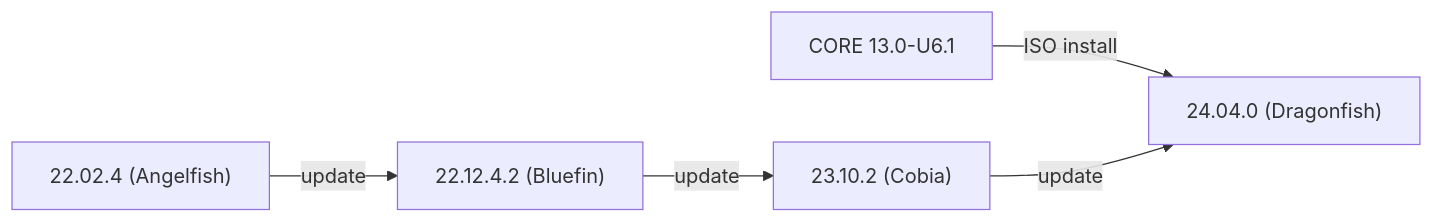
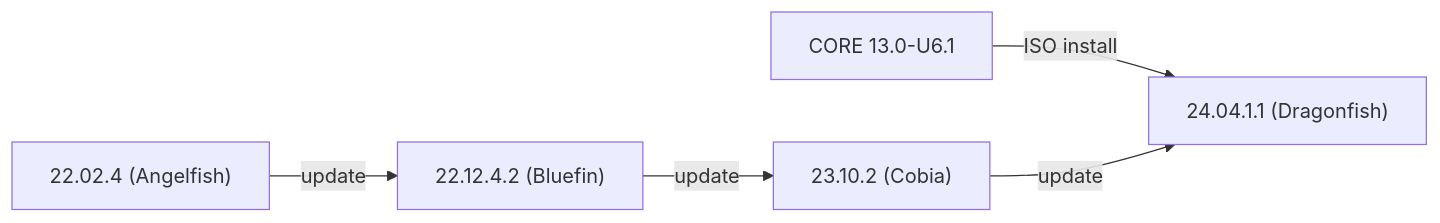
The first of 2 diagrams in static/includes/SCALEUpgradePaths.md (truenas/documentation), drawn with Mermaid before and after one commit. The commit also changed other lines of this file, not shown here.

```diff
--- a/static/includes/SCALEUpgradePaths.md
+++ b/static/includes/SCALEUpgradePaths.md
@@ -12,8 +12,8 @@
       {{< mermaid class="mermaid_sizing" >}}
       flowchart LR
         A["22.02.4 (Angelfish)"] -->|update| C
         B["CORE 13.0-U6.1"] -->|ISO install| E
         C["22.12.4.2 (Bluefin)"] -->|update| D
         D["23.10.2 (Cobia)"] -->|update| E
-        E["24.04.0 (Dragonfish)"]
+        E["24.04.1.1 (Dragonfish)"]
       {{< /mermaid >}}
```
